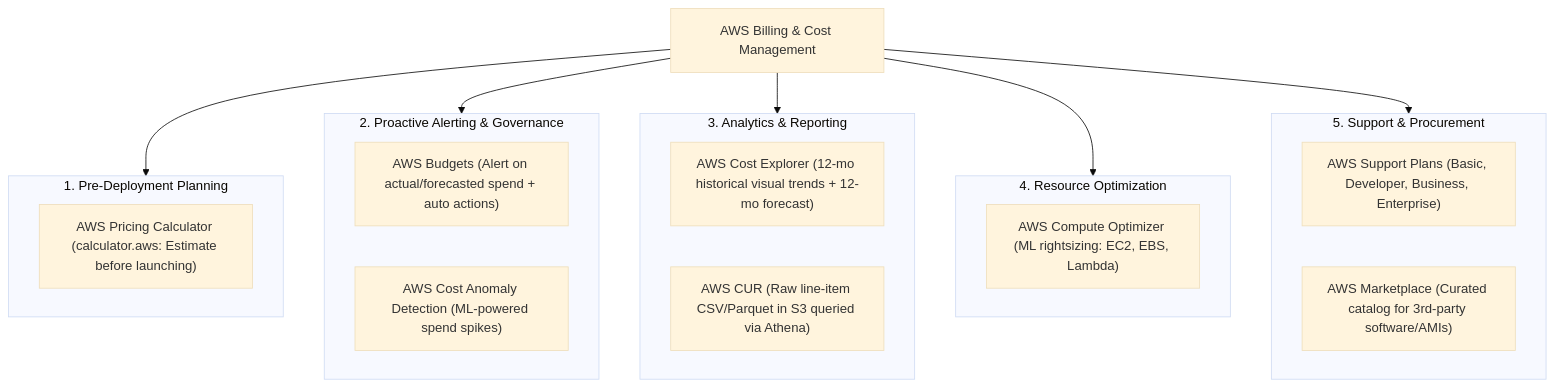
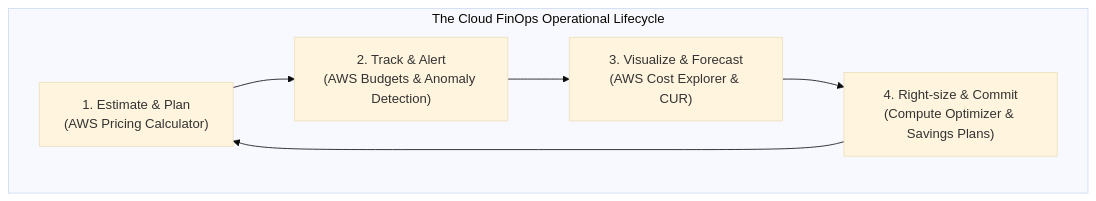
One commit to fakhruldeen/AWS changed the first of 3 diagrams in Cloud/Practitioner/CLF-C02/06_Explanations/04_Billing_and_Pricing/Pricing_Models_and_Billing_Tools.md. Above: the diagram before and after it, drawn with Mermaid (base theme). The commit also changed other lines of this file and 18 other files, not shown here.

````diff
--- a/Cloud/Practitioner/CLF-C02/06_Explanations/04_Billing_and_Pricing/Pricing_Models_and_Billing_Tools.md
+++ b/Cloud/Practitioner/CLF-C02/06_Explanations/04_Billing_and_Pricing/Pricing_Models_and_Billing_Tools.md
@@ -23,33 +26,10 @@
 ```mermaid
 flowchart TD
-    FinOps["AWS Billing & Cost Management"]
-    
-    subgraph PreDeploy["1. Pre-Deployment Planning"]
-        Calc["AWS Pricing Calculator (calculator.aws: Estimate before launching)"]
+    subgraph FinOpsLifecycle ["The Cloud FinOps Operational Lifecycle"]
+        direction LR
+        Plan["1. Estimate & Plan<br/>(AWS Pricing Calculator)"] --> Monitor["2. Track & Alert<br/>(AWS Budgets & Anomaly Detection)"]
+        Monitor --> Analyze["3. Visualize & Forecast<br/>(AWS Cost Explorer & CUR)"]
+        Analyze --> Optimize["4. Right-size & Commit<br/>(Compute Optimizer & Savings Plans)"]
+        Optimize --> Plan
     end
-    
-    subgraph Proactive["2. Proactive Alerting & Governance"]
-        Budgets["AWS Budgets (Alert on actual/forecasted spend + auto actions)"]
-        Anom["AWS Cost Anomaly Detection (ML-powered spend spikes)"]
-    end
-    
-    subgraph Analytics["3. Analytics & Reporting"]
-        CE["AWS Cost Explorer (12-mo historical visual trends + 12-mo forecast)"]
-        CUR["AWS CUR (Raw line-item CSV/Parquet in S3 queried via Athena)"]
-    end
-    
-    subgraph Optimization["4. Resource Optimization"]
-        Optimizer["AWS Compute Optimizer (ML rightsizing: EC2, EBS, Lambda)"]
-    end
-    
-    subgraph Commercial["5. Support & Procurement"]
-        Support["AWS Support Plans (Basic, Developer, Business, Enterprise)"]
-        Marketplace["AWS Marketplace (Curated catalog for 3rd-party software/AMIs)"]
-    end
-    
-    FinOps --> PreDeploy
-    FinOps --> Proactive
-    FinOps --> Analytics
-    FinOps --> Optimization
-    FinOps --> Commercial
 ```
````
